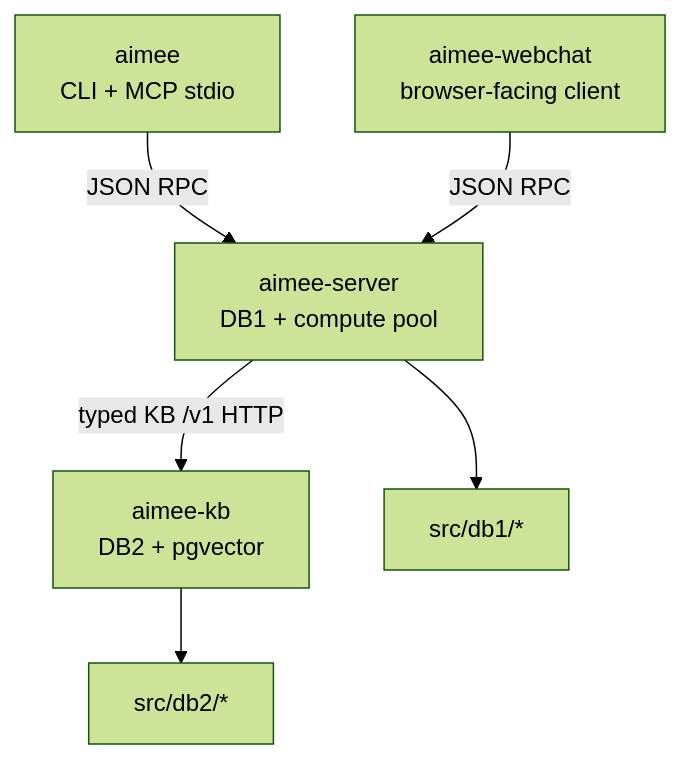
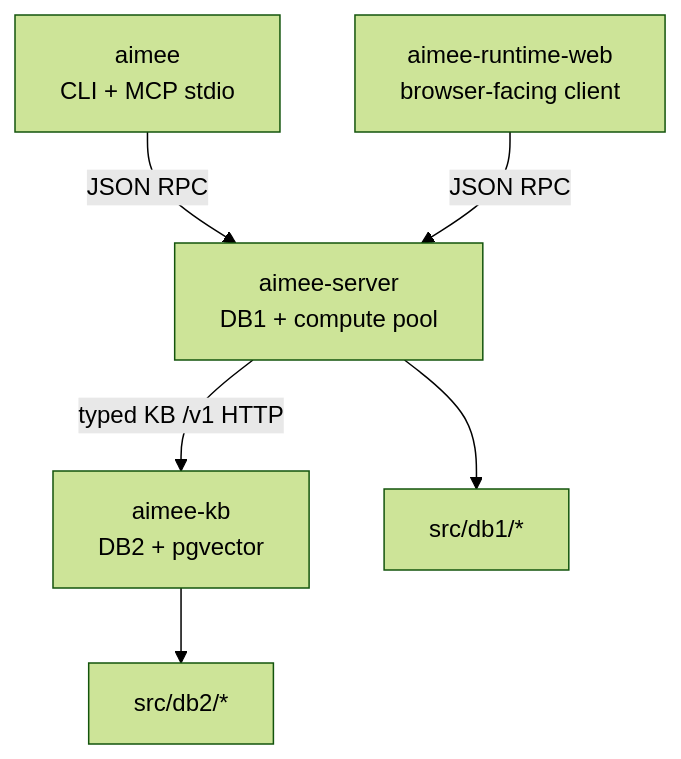
The diagram in docs/STATUS.md (RakuenSoftware/aimee), drawn with Mermaid (forest theme) before and after one commit. The commit also changed other lines of this file and 78 other files, not shown here.

````diff
--- a/docs/STATUS.md
+++ b/docs/STATUS.md
@@ -115,8 +115,8 @@
 ```mermaid
 flowchart TD
     CLI[aimee\nCLI + MCP stdio] -->|JSON RPC| SRV[aimee-server\nDB1 + compute pool]
-    WEB[aimee-webchat\nbrowser-facing client] -->|JSON RPC| SRV
+    WEB[aimee-runtime-web\nbrowser-facing client] -->|JSON RPC| SRV
     SRV -->|typed KB /v1 HTTP| KB[aimee-kb\nDB2 + pgvector]
     SRV --> DB1[src/db1/*]
     KB --> DB2[src/db2/*]
 ```
````
